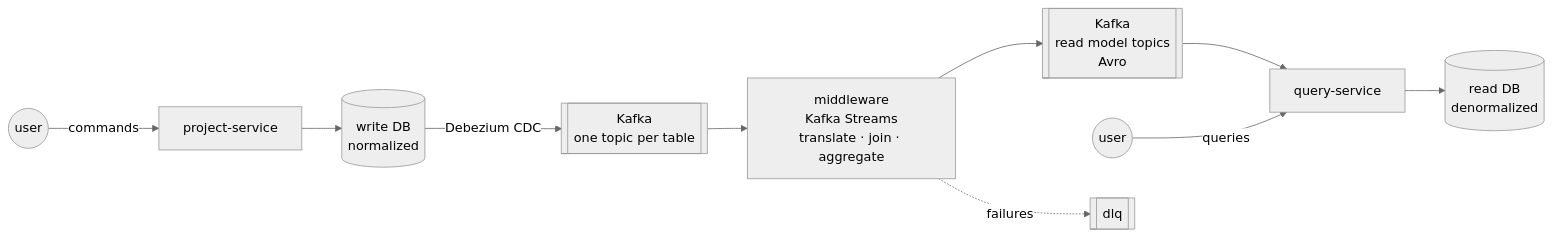
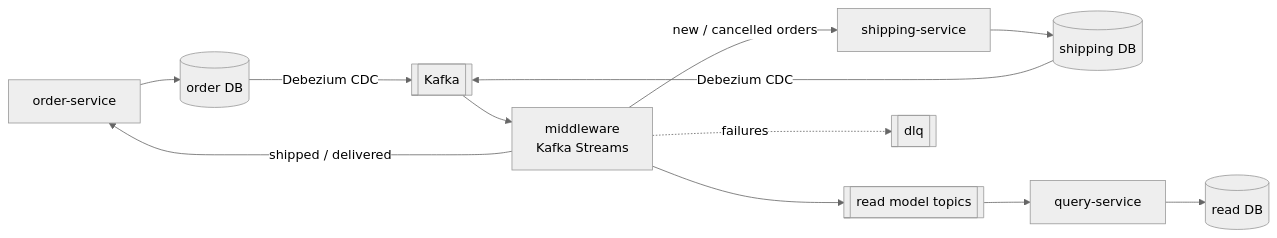
One commit to malekinasim/cdc-modernization-demo changed the diagram in README.md. Above: the diagram before and after it, drawn with Mermaid (neutral theme). The commit also changed other lines of this file and 12 other files, not shown here.

First line of the commit message:
Switch to the order domain and add shipping-service

````diff
--- a/README.md
+++ b/README.md
@@ -19,12 +21,16 @@
 ```mermaid
 flowchart LR
-    U1((user)) -- commands --> PS[project-service]
-    PS --> WDB[(write DB<br/>normalized)]
-    WDB -- Debezium CDC --> K1[[Kafka<br/>one topic per table]]
-    K1 --> MW[middleware<br/>Kafka Streams<br/>translate · join · aggregate]
-    MW --> K2[[Kafka<br/>read model topics<br/>Avro]]
-    K2 --> QS[query-service]
-    QS --> RDB[(read DB<br/>denormalized)]
-    U2((user)) -- queries --> QS
+    OS[order-service] --> ODB[(order DB)]
+    SS[shipping-service] --> SDB[(shipping DB)]
+
+    ODB -- Debezium CDC --> K[[Kafka]]
+    SDB -- Debezium CDC --> K
+
+    K --> MW[middleware<br/>Kafka Streams]
+
+    MW -- new / cancelled orders --> SS
+    MW -- shipped / delivered --> OS
+    MW --> RM[[read model topics]]
+    RM --> QS[query-service] --> RDB[(read DB)]
     MW -. failures .-> DLQ[[dlq]]
 ```
````
